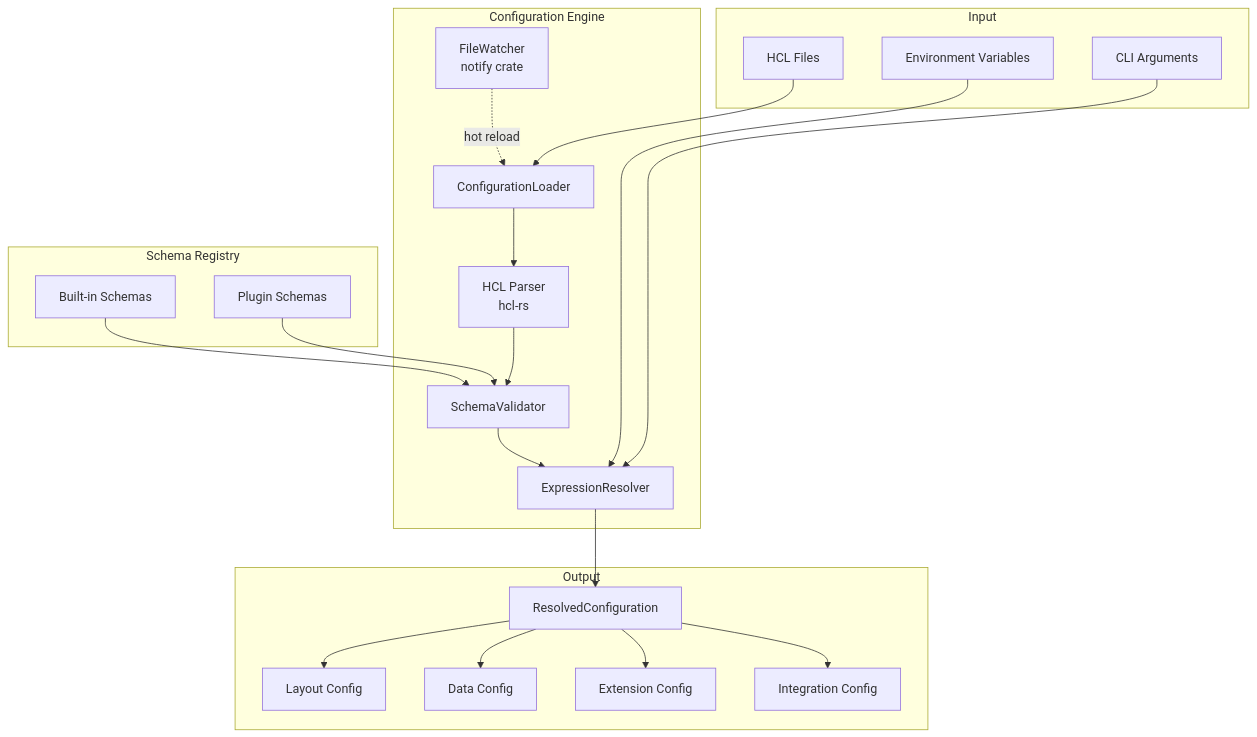
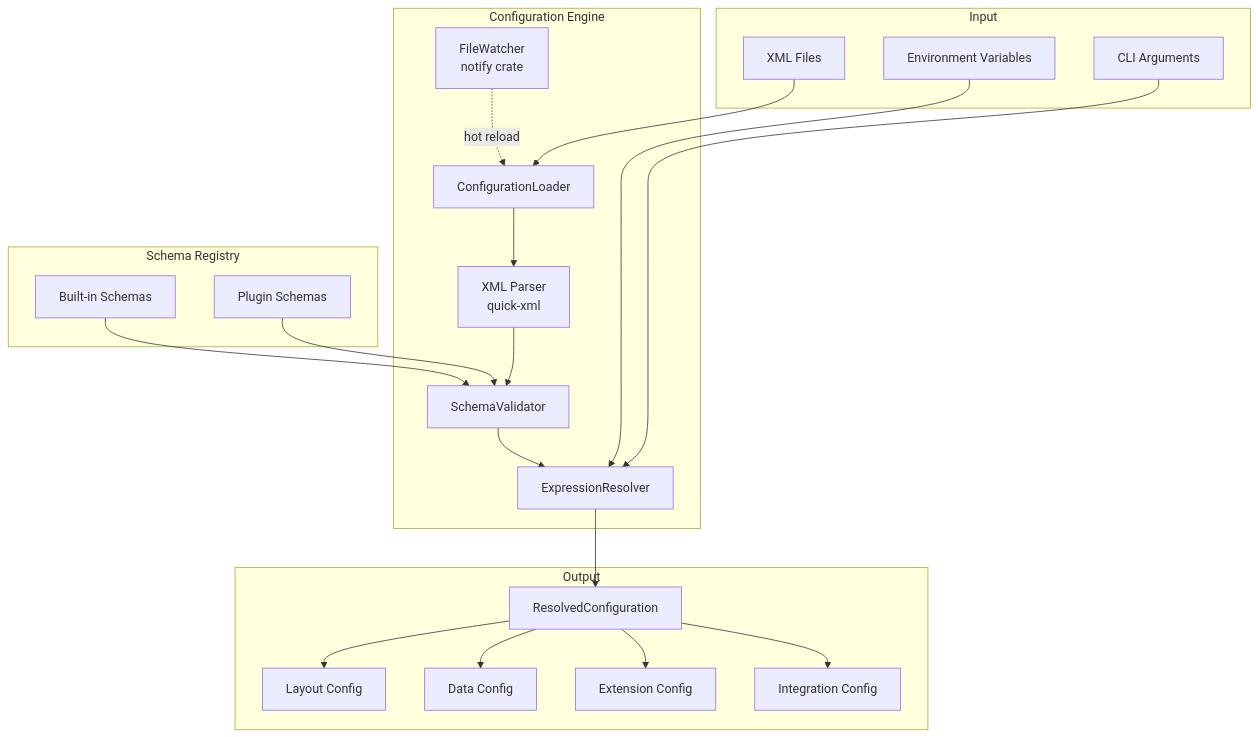
Before and after one commit to geoffjay/nemo: the third of 17 diagrams in docs/public/architecture.md, drawn with Mermaid. The commit also changed other lines of this file and 59 other files, not shown here.

Commit message:
doc: update hcl references to xml

````diff
--- a/docs/public/architecture.md
+++ b/docs/public/architecture.md
@@ -126,47 +126,47 @@
 ```mermaid
 flowchart TB
     subgraph Input
-        hcl_files[HCL Files]
+        xml_files[XML Files]
         env_vars[Environment Variables]
         cli_args[CLI Arguments]
     end
     
     subgraph "Configuration Engine"
         loader[ConfigurationLoader]
-        parser[HCL Parser<br/>hcl-rs]
+        parser[XML Parser<br/>quick-xml]
         validator[SchemaValidator]
         resolver[ExpressionResolver]
         watcher[FileWatcher<br/>notify crate]
         
         loader --> parser
         parser --> validator
         validator --> resolver
         watcher -.->|hot reload| loader
     end
     
     subgraph Output
         resolved[ResolvedConfiguration]
         layout_cfg[Layout Config]
         data_cfg[Data Config]
         ext_cfg[Extension Config]
         int_cfg[Integration Config]
     end
     
-    hcl_files --> loader
+    xml_files --> loader
     env_vars --> resolver
     cli_args --> resolver
     
     resolver --> resolved
     resolved --> layout_cfg
     resolved --> data_cfg
     resolved --> ext_cfg
     resolved --> int_cfg
     
     subgraph "Schema Registry"
         builtin[Built-in Schemas]
         plugin[Plugin Schemas]
     end
     
     builtin --> validator
     plugin --> validator
 ```
````
